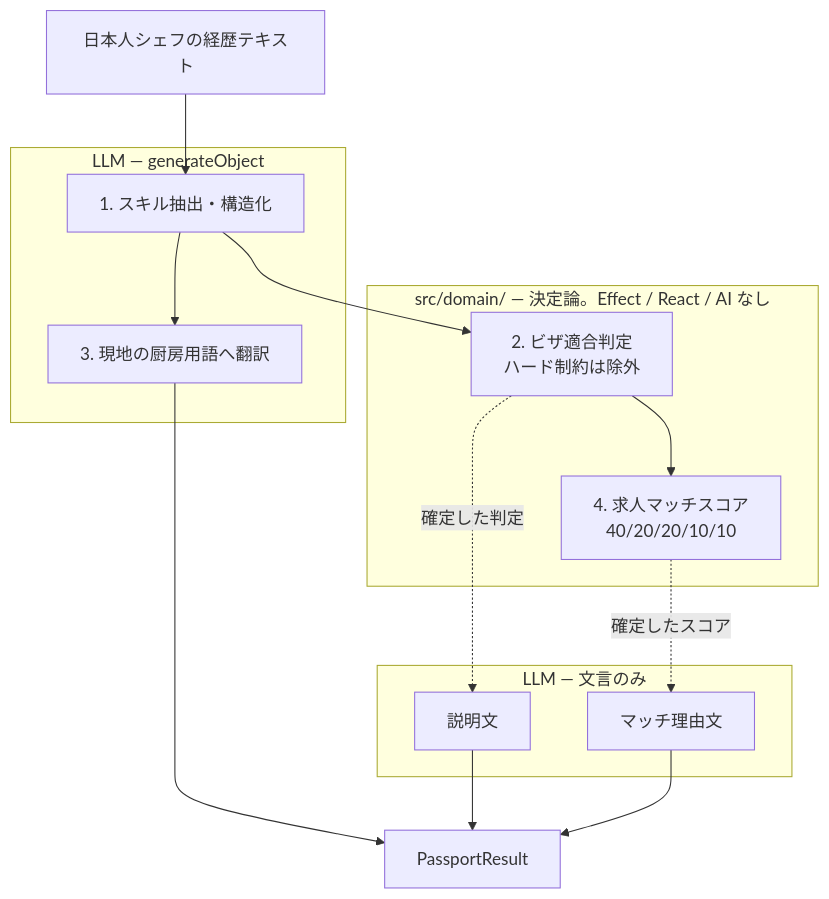
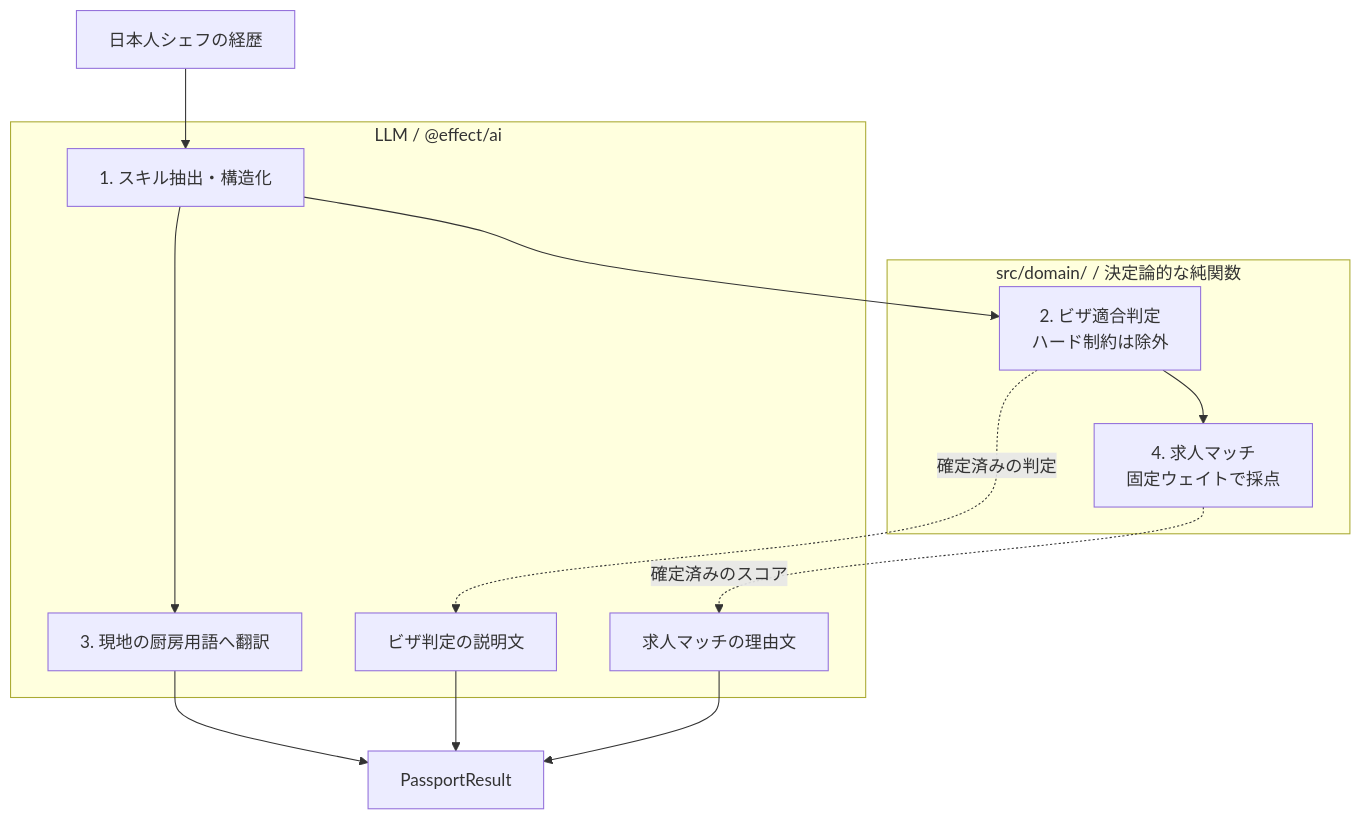
One commit to sc30gsw/chef-passport-poc changed the diagram in README.md. Above: the diagram before and after it, drawn with Mermaid. The commit also changed other lines of this file, not shown here.

````diff
--- a/README.md
+++ b/README.md
@@ -49,27 +177,26 @@
 ```mermaid
 flowchart TD
-    R["日本人シェフの経歴テキスト"] --> S1
+    INPUT["日本人シェフの経歴"] --> EXTRACT
 
-    subgraph LLM["LLM — generateObject"]
-        S1["1. スキル抽出・構造化"]
-        S3["3. 現地の厨房用語へ翻訳"]
+    subgraph AI["LLM / @effect/ai"]
+        EXTRACT["1. スキル抽出・構造化"]
+        TRANSLATE["3. 現地の厨房用語へ翻訳"]
+        VISA_PROSE["ビザ判定の説明文"]
+        JOB_PROSE["求人マッチの理由文"]
     end
 
-    subgraph DOM["src/domain/ — 決定論。Effect / React / AI なし"]
-        S2["2. ビザ適合判定<br/>ハード制約は除外"]
-        S4["4. 求人マッチスコア<br/>40/20/20/10/10"]
+    subgraph DOMAIN["src/domain/ / 決定論的な純関数"]
+        VISA["2. ビザ適合判定<br/>ハード制約は除外"]
+        JOB["4. 求人マッチ<br/>固定ウェイトで採点"]
     end
 
-    subgraph PROSE["LLM — 文言のみ"]
-        P2["説明文"]
-        P4["マッチ理由文"]
-    end
+    EXTRACT --> VISA
+    EXTRACT --> TRANSLATE
+    VISA --> JOB
+    VISA -. "確定済みの判定" .-> VISA_PROSE
+    JOB -. "確定済みのスコア" .-> JOB_PROSE
 
-    S1 --> S2 --> S4
-    S1 --> S3
-    S2 -. "確定した判定" .-> P2
-    S4 -. "確定したスコア" .-> P4
-    S3 --> OUT["PassportResult"]
-    P2 --> OUT
-    P4 --> OUT
+    TRANSLATE --> RESULT["PassportResult"]
+    VISA_PROSE --> RESULT
+    JOB_PROSE --> RESULT
 ```
````
